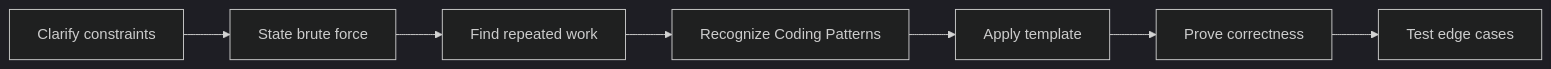
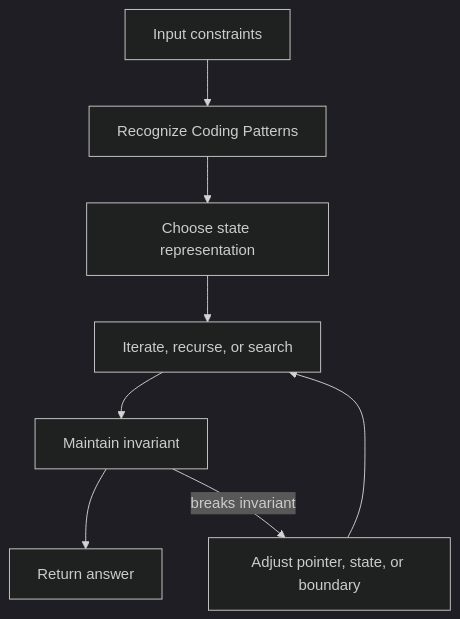
The second of 2 diagrams in coding-round/patterns/index.md (abstractinterviews/abstractinterviews.github.io), drawn with Mermaid (dark theme) before and after one commit. The commit also changed other lines of this file and 278 other files, not shown here.

````diff
--- a/coding-round/patterns/index.md
+++ b/coding-round/patterns/index.md
@@ -201,9 +199,10 @@
-~~~mermaid
-flowchart LR
-    A["Clarify constraints"] --> B["State brute force"]
-    B --> C["Find repeated work"]
-    C --> D["Recognize Coding Patterns"]
-    D --> E["Apply template"]
-    E --> F["Prove correctness"]
-    F --> G["Test edge cases"]
-~~~
+```mermaid
+flowchart TD
+    Input["Input constraints"] --> Pattern["Recognize Coding Patterns"]
+    Pattern --> State["Choose state representation"]
+    State --> Iterate["Iterate, recurse, or search"]
+    Iterate --> Check["Maintain invariant"]
+    Check --> Result["Return answer"]
+    Check -->|breaks invariant| Fix["Adjust pointer, state, or boundary"]
+    Fix --> Iterate
+```
````
